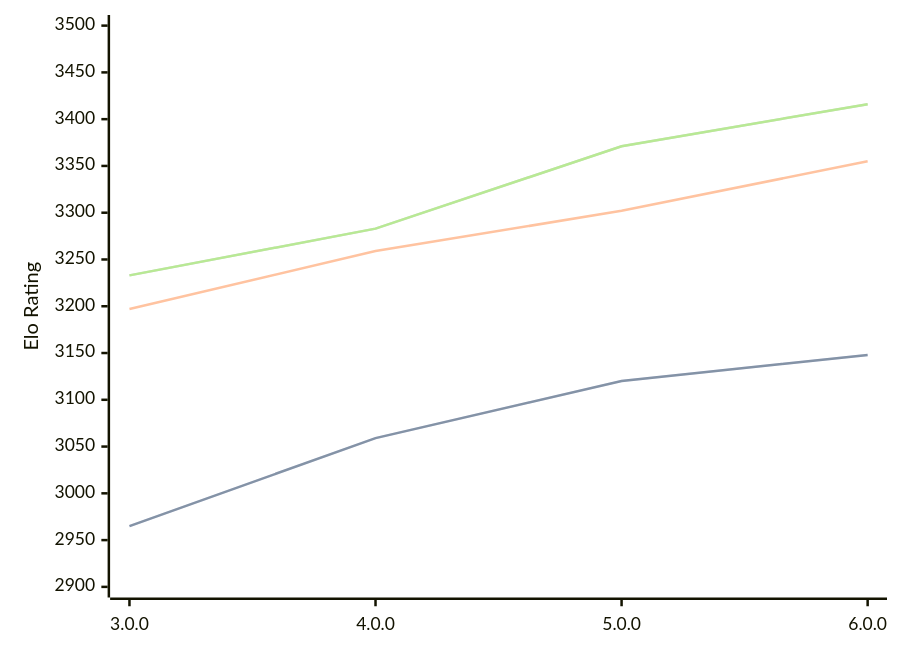
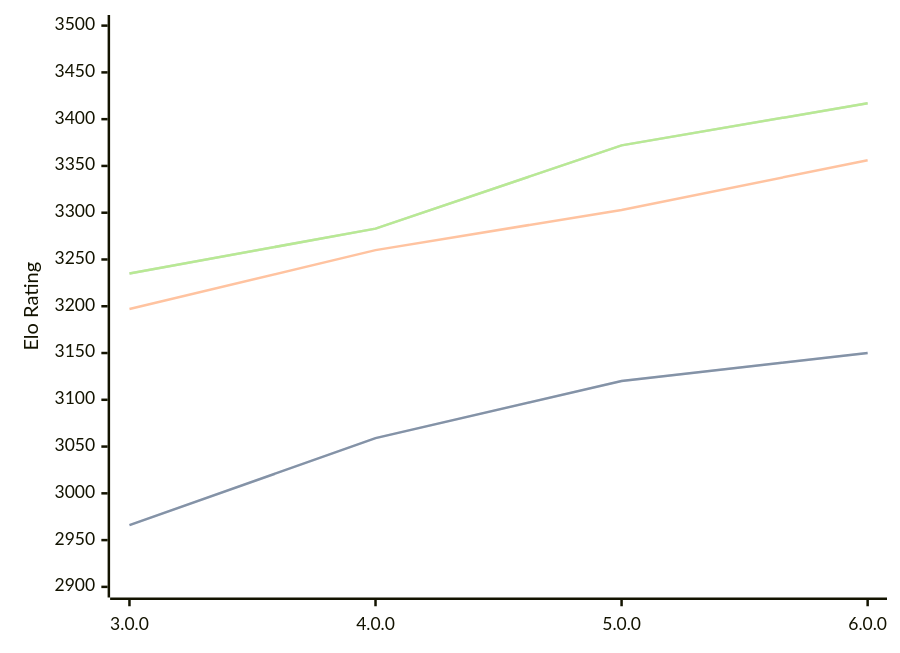
The third of 3 diagrams in engines/Minke.md (computer-chess-index/cci), drawn with Mermaid before and after one commit. The commit also changed other lines of this file, not shown here.

Commit message:
Update CCI Ratings (ELO VLTC) - 2026-06-30

````diff
--- a/engines/Minke.md
+++ b/engines/Minke.md
@@ -69,11 +69,11 @@
 ```mermaid
 %%{init: {"theme":"base","themeVariables":{"seriesColors:['#a3a3a3','#222221','#faa371']}}}%%
 xychart-beta
   x-axis ["3.0.0", "4.0.0", "5.0.0", "6.0.0"]
   y-axis "Elo Rating" 2900 --> 3500
-  line "STC (8.0+0.08s)" [2965, 3059, 3120, 3148]
-  line "STC (8.0+0.08s)" [2965, 3059, 3120, 3148]
-  line "LTC (60.0+0.60s)" [3197, 3259, 3302, 3355]
-  line "VLTC (2m24s+1.12s)" [3233, 3283, 3371, 3416]
-  line "VLTC (2m24s+1.12s)" [3233, 3283, 3371, 3416]
+  line "STC (8.0+0.08s)" [2966, 3059, 3120, 3150]
+  line "STC (8.0+0.08s)" [2966, 3059, 3120, 3150]
+  line "LTC (60.0+0.60s)" [3197, 3260, 3303, 3356]
+  line "VLTC (2m24s+1.12s)" [3235, 3283, 3372, 3417]
+  line "VLTC (2m24s+1.12s)" [3235, 3283, 3372, 3417]
 ```
````
